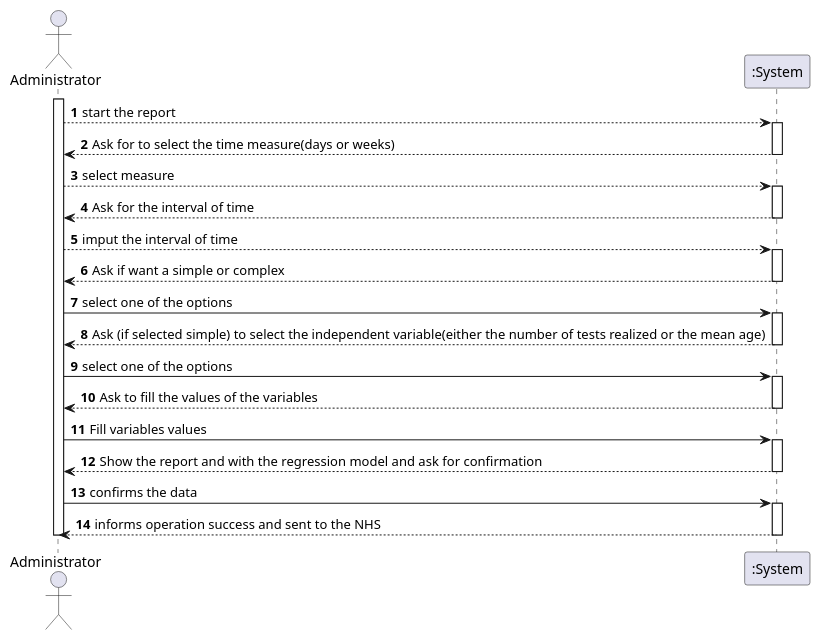
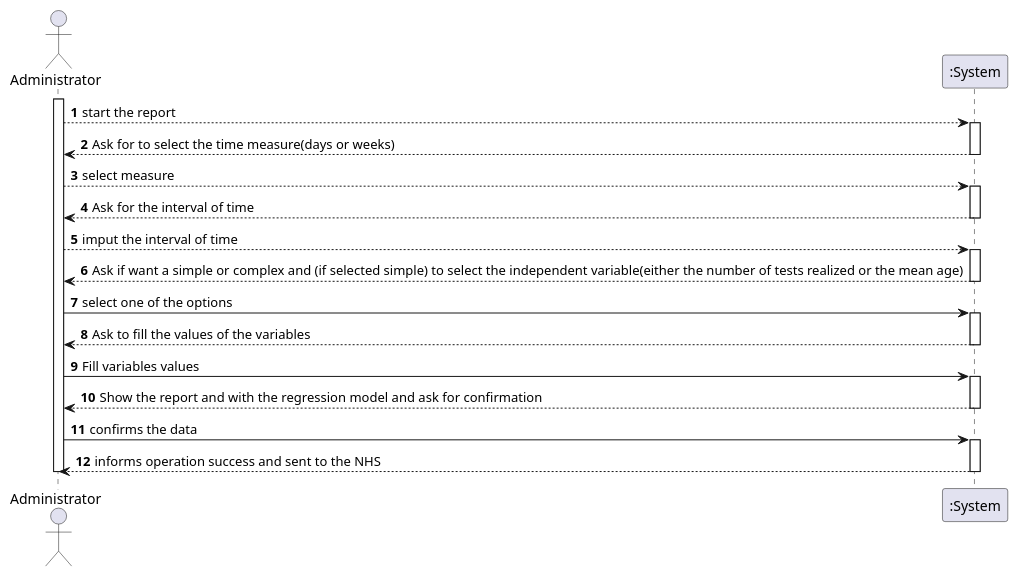
The diagram in docs/SprintD/US18/UC18_SSD.puml (GuilhermeCunha79/lapr2), drawn with PlantUML before and after one commit. The commit also changed 3 other files, not shown here.

```diff
--- a/docs/SprintD/US18/UC18_SSD.puml
+++ b/docs/SprintD/US18/UC18_SSD.puml
@@ -1,39 +1,35 @@
 @startuml
 'https://plantuml.com/sequence-diagram
 
 autonumber
 actor "Administrator" as Ad
 
 activate Ad
 Ad--> ":System" : start the report
 activate ":System"
 ":System"--> Ad : Ask for to select the time measure(days or weeks)
 deactivate ":System"
 Ad --> ":System" : select measure
 activate ":System"
 ":System"--> Ad : Ask for the interval of time
 deactivate ":System"
 Ad --> ":System" : imput the interval of time
 activate ":System"
-":System" --> Ad : Ask if want a simple or complex
-deactivate ":System"
-Ad -> ":System" : select one of the options
-activate ":System"
-":System" --> Ad : Ask (if selected simple) to select the independent variable(either the number of tests realized or the mean age)
+":System" --> Ad : Ask if want a simple or complex and (if selected simple) to select the independent variable(either the number of tests realized or the mean age)
 deactivate ":System"
 Ad -> ":System" : select one of the options
 activate ":System"
 ":System" --> Ad : Ask to fill the values of the variables
 deactivate ":System"
 Ad -> ":System" : Fill variables values
 activate ":System"
 ":System" --> Ad : Show the report and with the regression model and ask for confirmation
 deactivate ":System"
 Ad -> ":System" :  confirms the data
 activate ":System"
 ":System" --> Ad : informs operation success and sent to the NHS
 deactivate ":System"
 
 
 deactivate Ad
 @enduml
```
